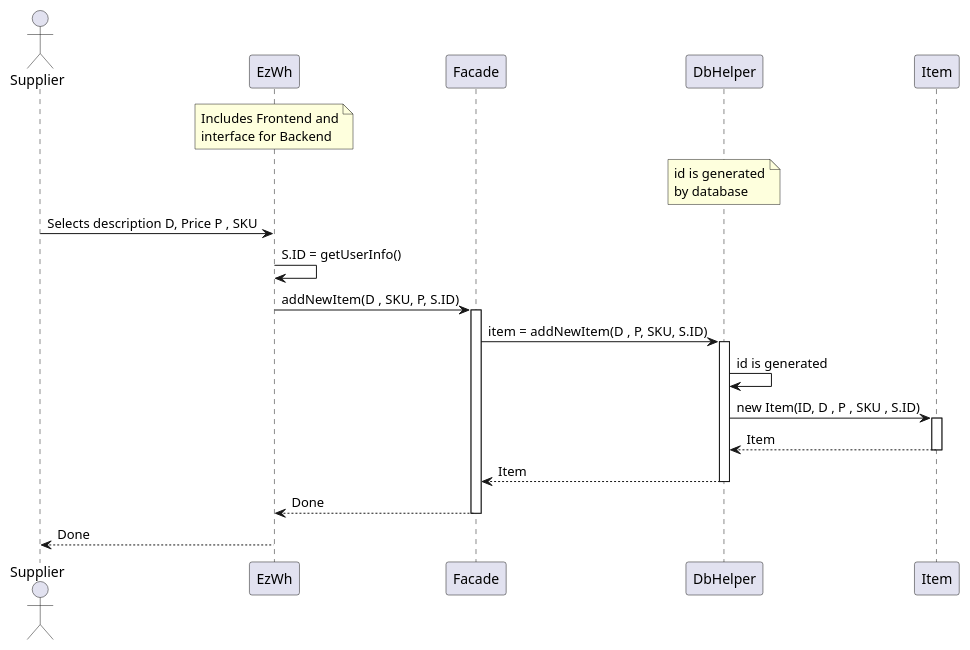
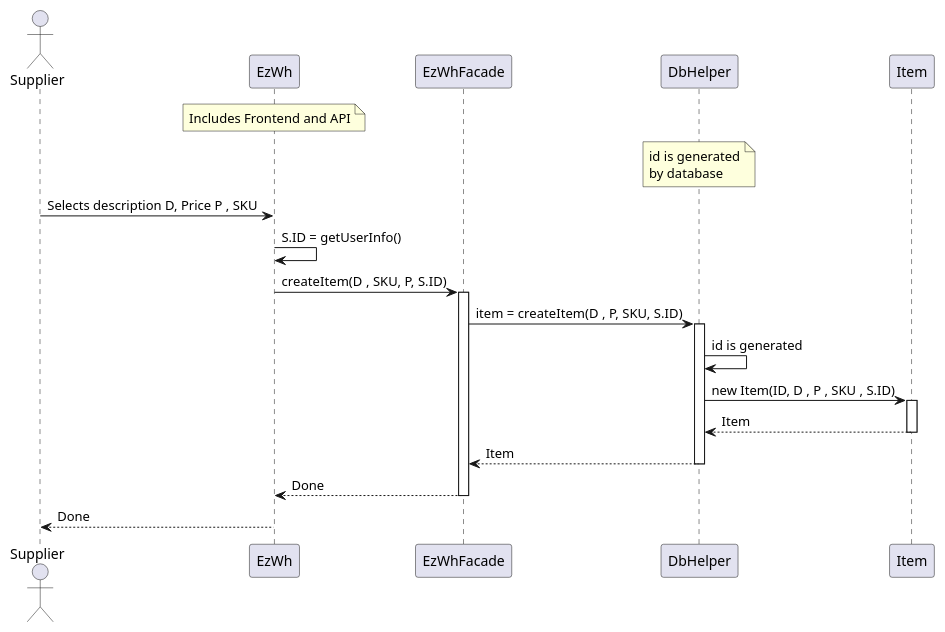
Before and after one commit to giuseppe-dandrea/EzWh: the tenth of 12 diagrams in DesignDocument.md, drawn with PlantUML. The commit also changed other lines of this file and 1 other file, not shown here.

Commit message:
Added low_level_design_diagram.svg. Changed some terms for consistency.

````diff
--- a/DesignDocument.md
+++ b/DesignDocument.md
@@ -823,30 +827,30 @@
 ```plantuml
 actor Supplier
 participant EzWh
-note over EzWh: Includes Frontend and\ninterface for Backend
+note over EzWh: Includes Frontend and API
 note over DbHelper: id is generated\nby database
-participant Facade
+participant EzWhFacade
 participant DbHelper
 participant Item
 
 Supplier -> EzWh: Selects description D, Price P , SKU
 
 EzWh ->EzWh : S.ID = getUserInfo()
 
-EzWh -> Facade:addNewItem(D , SKU, P, S.ID)
+EzWh -> EzWhFacade:createItem(D , SKU, P, S.ID)
 
-activate Facade
-Facade -> DbHelper: item = addNewItem(D , P, SKU, S.ID)
+activate EzWhFacade
+EzWhFacade -> DbHelper: item = createItem(D , P, SKU, S.ID)
 activate DbHelper
 DbHelper -> DbHelper : id is generated
 DbHelper -> Item : new Item(ID, D , P , SKU , S.ID)
 
 activate Item
 Item --> DbHelper: Item
 deactivate Item
-DbHelper --> Facade : Item
+DbHelper --> EzWhFacade : Item
 deactivate DbHelper
-Facade --> EzWh : Done
-deactivate Facade
+EzWhFacade --> EzWh : Done
+deactivate EzWhFacade
 EzWh-->Supplier : Done
 ```
````
